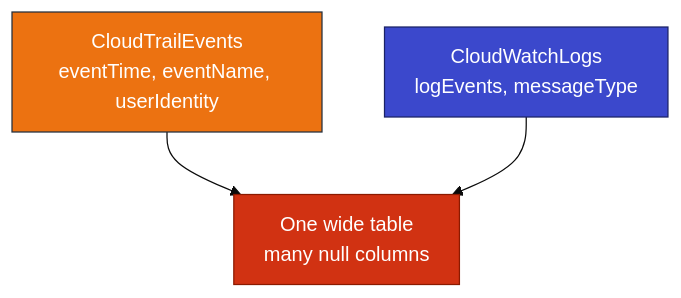
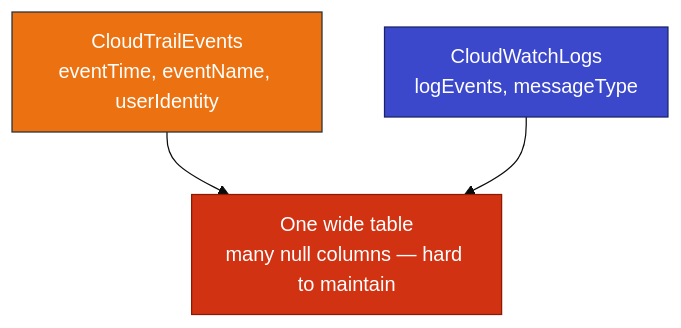
One commit to atingupta2005/adx-aws-training-aug-26 changed the first of 3 diagrams in Module_04_Hybrid_Architecture/04_Hybrid_Primer.md. Above: the diagram before and after it, drawn with Mermaid. The commit also changed other lines of this file and 5 other files, not shown here.

````diff
--- a/Module_04_Hybrid_Architecture/04_Hybrid_Primer.md
+++ b/Module_04_Hybrid_Architecture/04_Hybrid_Primer.md
@@ -9,12 +16,12 @@
 ```mermaid
 %%{init: {"theme":"base","flowchart":{"htmlLabels":true,"padding":12}}}%%
 flowchart TB
   CT["CloudTrailEvents<br/>eventTime, eventName, userIdentity"]
   CW["CloudWatchLogs<br/>logEvents, messageType"]
-  BAD["One wide table<br/>many null columns"]
+  BAD["One wide table<br/>many null columns — hard to maintain"]
   CT --> BAD
   CW --> BAD
   style CT fill:#EC7211,stroke:#232F3E,color:#fff
   style CW fill:#3B48CC,stroke:#1B2266,color:#fff
   style BAD fill:#D13212,stroke:#8B1A00,color:#fff
 ```
````
